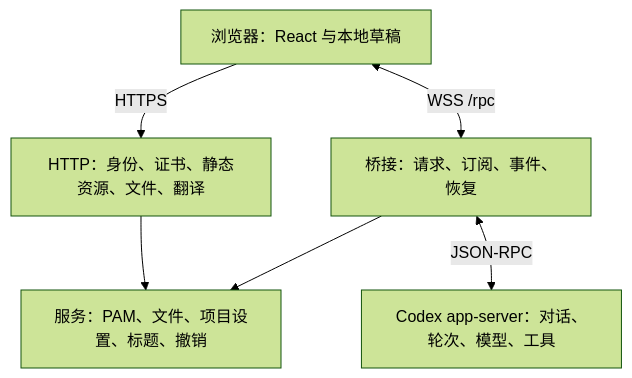
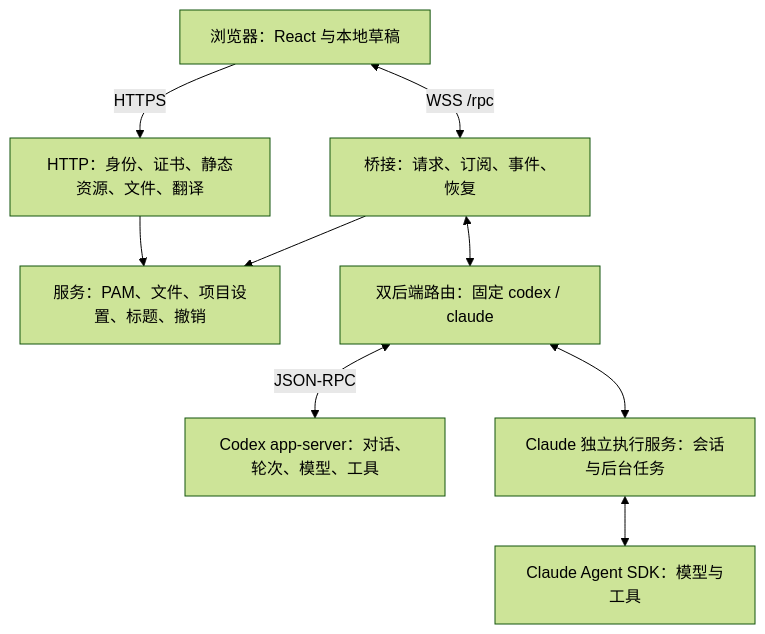
One commit to cuihongkang/codex-claude-web changed the first of 3 diagrams in docs/architecture.md. Above: the diagram before and after it, drawn with Mermaid (forest theme). The commit also changed other lines of this file and 203 other files, not shown here.

First line of the commit message:
feat(backends): 集成 Codex 与 Claude Code 双后端

````diff
--- a/docs/architecture.md
+++ b/docs/architecture.md
@@ -9,13 +9,19 @@
 ```mermaid
 flowchart TB
   Browser[浏览器：React 与本地草稿]
   HTTP[HTTP：身份、证书、静态资源、文件、翻译]
   Bridge[桥接：请求、订阅、事件、恢复]
   Services[服务：PAM、文件、项目设置、标题、撤销]
   Codex[Codex app-server：对话、轮次、模型、工具]
+  Manager[双后端路由：固定 codex / claude]
+  Worker[Claude 独立执行服务：会话与后台任务]
+  Claude[Claude Agent SDK：模型与工具]
   Browser -->|HTTPS| HTTP
   Browser <-->|WSS /rpc| Bridge
   HTTP --> Services
   Bridge --> Services
-  Bridge <-->|JSON-RPC| Codex
+  Bridge <--> Manager
+  Manager <-->|JSON-RPC| Codex
+  Manager <--> Worker
+  Worker <--> Claude
 ```
````
